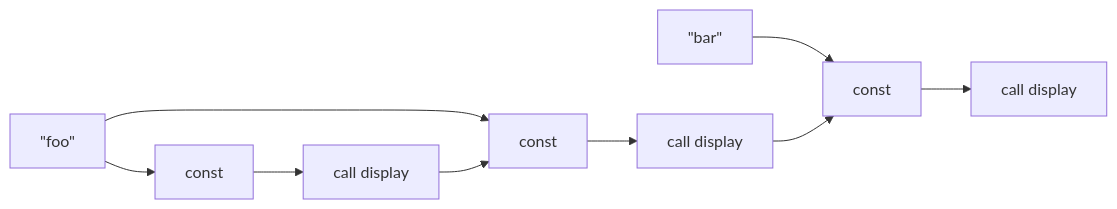
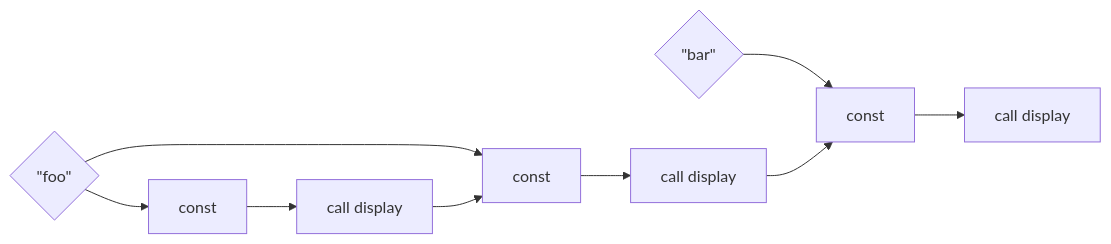
One commit to raviqqe/doc changed the diagram in slides/papers/stak-scheme/duplicate-strings.mmd. Above: the diagram before and after it, drawn with Mermaid.

```diff
--- a/slides/papers/stak-scheme/duplicate-strings.mmd
+++ b/slides/papers/stak-scheme/duplicate-strings.mmd
@@ -1,7 +1,7 @@
 flowchart LR
-  d0[#quot;foo#quot;] --> c0
+  d0{#quot;foo#quot;} --> c0
   d0 --> c2
-  d1[#quot;bar#quot;] --> c4
+  d1{#quot;bar#quot;} --> c4
   c0[const ] --> c1[call display] --> c2
   c2[const] --> c3[call display] --> c4
   c4[const] --> c5[call display]
```
